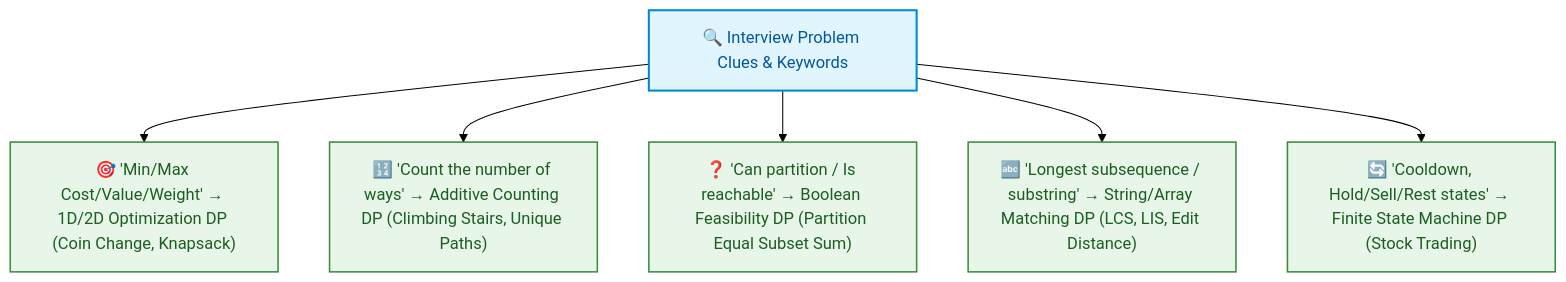
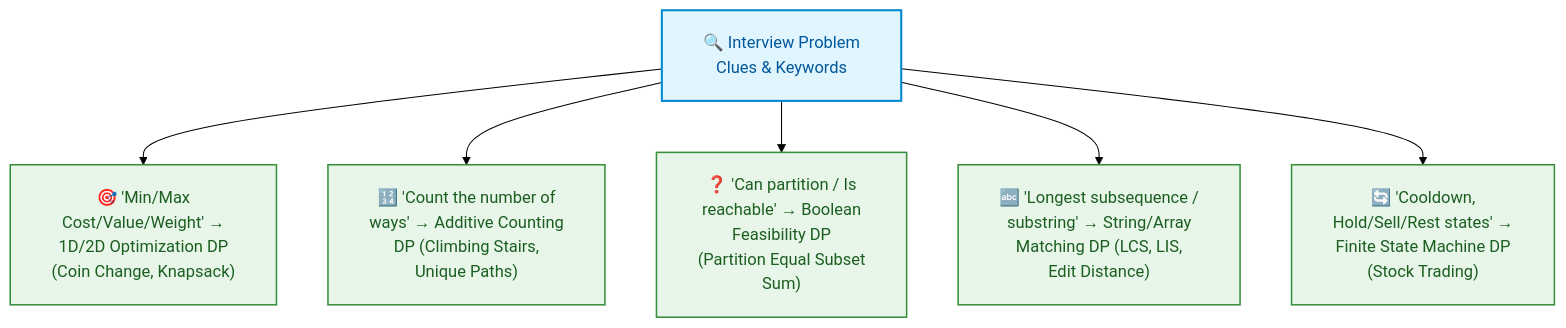
The fifth of 6 diagrams in week_10_dynamic_programming_i_fundamentals/Week_10_Visual_Concepts_Playbook_HYBRID.md (dip4k/DSA_102), drawn with Mermaid (forest theme) before and after one commit. The commit also changed other lines of this file and 108 other files, not shown here.

First line of the commit message:
fix(mermaid): resolve diagram clipping, padding, and syntax issues across repo

````diff
--- a/week_10_dynamic_programming_i_fundamentals/Week_10_Visual_Concepts_Playbook_HYBRID.md
+++ b/week_10_dynamic_programming_i_fundamentals/Week_10_Visual_Concepts_Playbook_HYBRID.md
@@ -482,12 +486,13 @@
 ```mermaid
+%%{init: {"flowchart": {"htmlLabels": true, "padding": 20}}}%%
 flowchart TD
     classDef key fill:#e1f5fe,stroke:#0288d1,color:#01579b,stroke-width:2px;
     classDef pat fill:#e8f5e9,stroke:#388e3c,color:#1b5e20,stroke-width:1.5px;
 
-    K["🔍 Interview Problem Clues & Keywords"]:::key
-    K --> P1["🎯 'Min/Max Cost/Value/Weight' → 1D/2D Optimization DP (Coin Change, Knapsack)"]:::pat
-    K --> P2["🔢 'Count the number of ways' → Additive Counting DP (Climbing Stairs, Unique Paths)"]:::pat
-    K --> P3["❓ 'Can partition / Is reachable' → Boolean Feasibility DP (Partition Equal Subset Sum)"]:::pat
-    K --> P4["🔤 'Longest subsequence / substring' → String/Array Matching DP (LCS, LIS, Edit Distance)"]:::pat
-    K --> P5["🔄 'Cooldown, Hold/Sell/Rest states' → Finite State Machine DP (Stock Trading)"]:::pat
+    K["🔍 Interview Problem<br/>Clues & Keywords"]:::key
+    K --> P1["🎯 'Min/Max<br/>Cost/Value/Weight' →<br/>1D/2D Optimization DP<br/>(Coin Change, Knapsack)"]:::pat
+    K --> P2["🔢 'Count the number of<br/>ways' → Additive Counting<br/>DP (Climbing Stairs,<br/>Unique Paths)"]:::pat
+    K --> P3["❓ 'Can partition / Is<br/>reachable' → Boolean<br/>Feasibility DP<br/>(Partition Equal Subset<br/>Sum)"]:::pat
+    K --> P4["🔤 'Longest subsequence /<br/>substring' → String/Array<br/>Matching DP (LCS, LIS,<br/>Edit Distance)"]:::pat
+    K --> P5["🔄 'Cooldown,<br/>Hold/Sell/Rest states' →<br/>Finite State Machine DP<br/>(Stock Trading)"]:::pat
 ```
````
